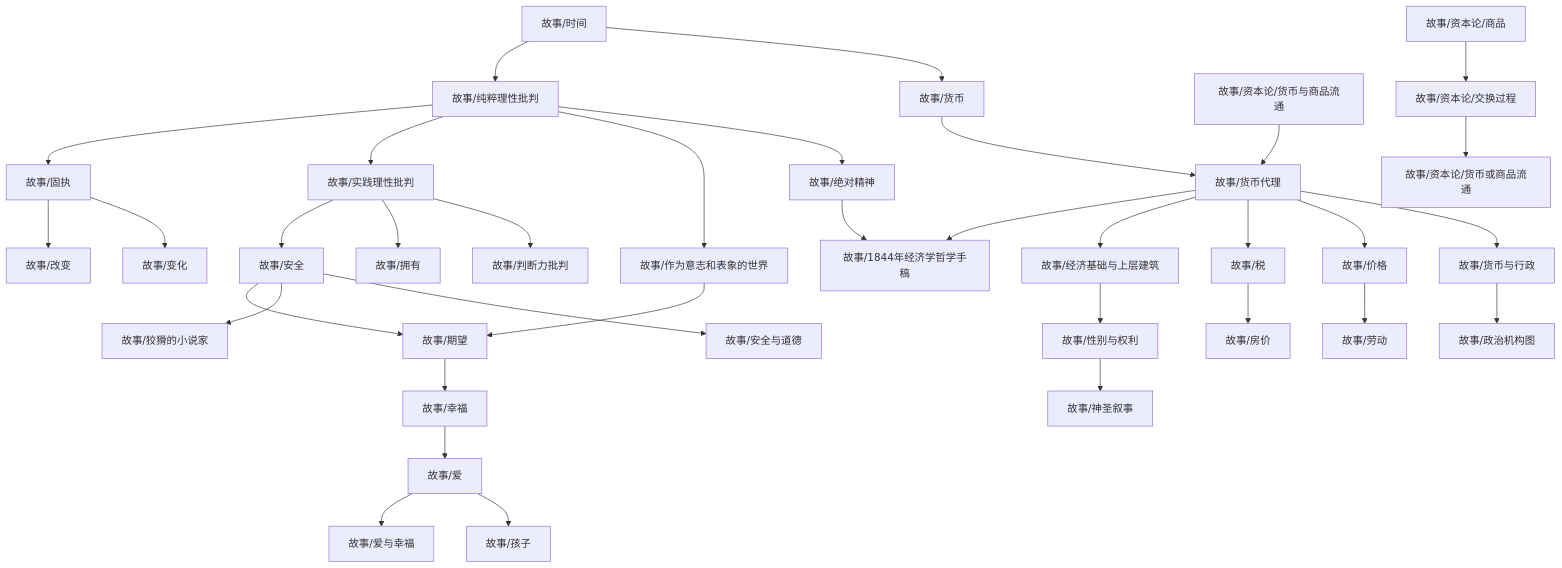
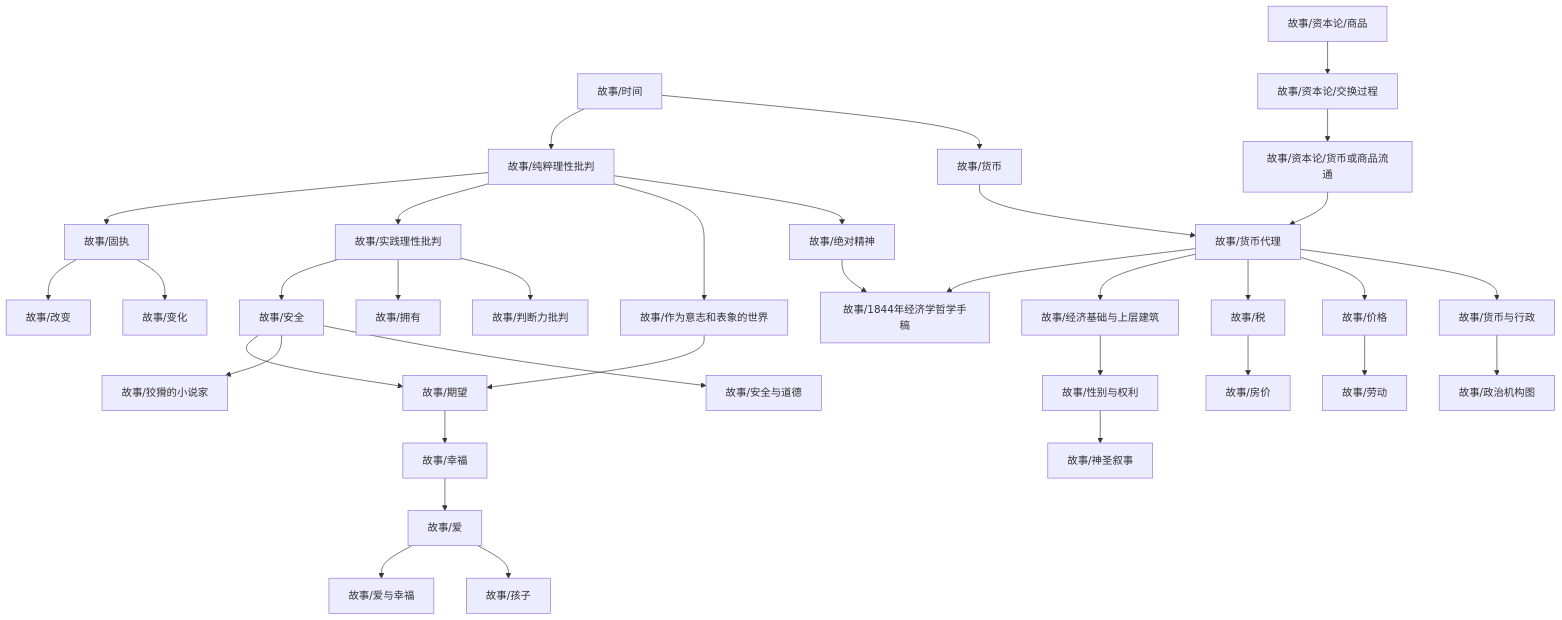
The diagram in content/故事/dependency_graph.md (zengls3186428803/zengls3186428803.github.io), drawn with Mermaid before and after one commit. The commit also changed 2 other files, not shown here.

````diff
--- a/content/故事/dependency_graph.md
+++ b/content/故事/dependency_graph.md
@@ -1,37 +1,37 @@
 ```mermaid
 graph TD
 1["故事/纯粹理性批判"] --> 0["故事/固执"]
 3["故事/经济基础与上层建筑"] --> 2["故事/性别与权利"]
 0["故事/固执"] --> 4["故事/改变"]
 6["故事/货币代理"] --> 5["故事/1844年经济学哲学手稿"]
 7["故事/绝对精神"] --> 5["故事/1844年经济学哲学手稿"]
 9["故事/作为意志和表象的世界"] --> 8["故事/期望"]
 10["故事/安全"] --> 8["故事/期望"]
 10["故事/安全"] --> 11["故事/狡猾的小说家"]
 1["故事/纯粹理性批判"] --> 12["故事/实践理性批判"]
 13["故事/时间"] --> 1["故事/纯粹理性批判"]
 12["故事/实践理性批判"] --> 10["故事/安全"]
 6["故事/货币代理"] --> 3["故事/经济基础与上层建筑"]
 12["故事/实践理性批判"] --> 14["故事/拥有"]
 6["故事/货币代理"] --> 15["故事/税"]
 15["故事/税"] --> 16["故事/房价"]
 18["故事/货币与行政"] --> 17["故事/政治机构图"]
 0["故事/固执"] --> 19["故事/变化"]
 21["故事/幸福"] --> 20["故事/爱"]
 6["故事/货币代理"] --> 22["故事/价格"]
 23["故事/货币"] --> 6["故事/货币代理"]
-24["故事/资本论/货币与商品流通"] --> 6["故事/货币代理"]
+24["故事/资本论/货币或商品流通"] --> 6["故事/货币代理"]
 1["故事/纯粹理性批判"] --> 9["故事/作为意志和表象的世界"]
 1["故事/纯粹理性批判"] --> 7["故事/绝对精神"]
 6["故事/货币代理"] --> 18["故事/货币与行政"]
 10["故事/安全"] --> 26["故事/安全与道德"]
 2["故事/性别与权利"] --> 27["故事/神圣叙事"]
 20["故事/爱"] --> 28["故事/爱与幸福"]
 13["故事/时间"] --> 23["故事/货币"]
 20["故事/爱"] --> 29["故事/孩子"]
 22["故事/价格"] --> 30["故事/劳动"]
 12["故事/实践理性批判"] --> 31["故事/判断力批判"]
 8["故事/期望"] --> 21["故事/幸福"]
-33["故事/资本论/交换过程"] --> 32["故事/资本论/货币或商品流通"]
-34["故事/资本论/商品"] --> 33["故事/资本论/交换过程"]
+32["故事/资本论/交换过程"] --> 24["故事/资本论/货币或商品流通"]
+33["故事/资本论/商品"] --> 32["故事/资本论/交换过程"]
 ```
````
